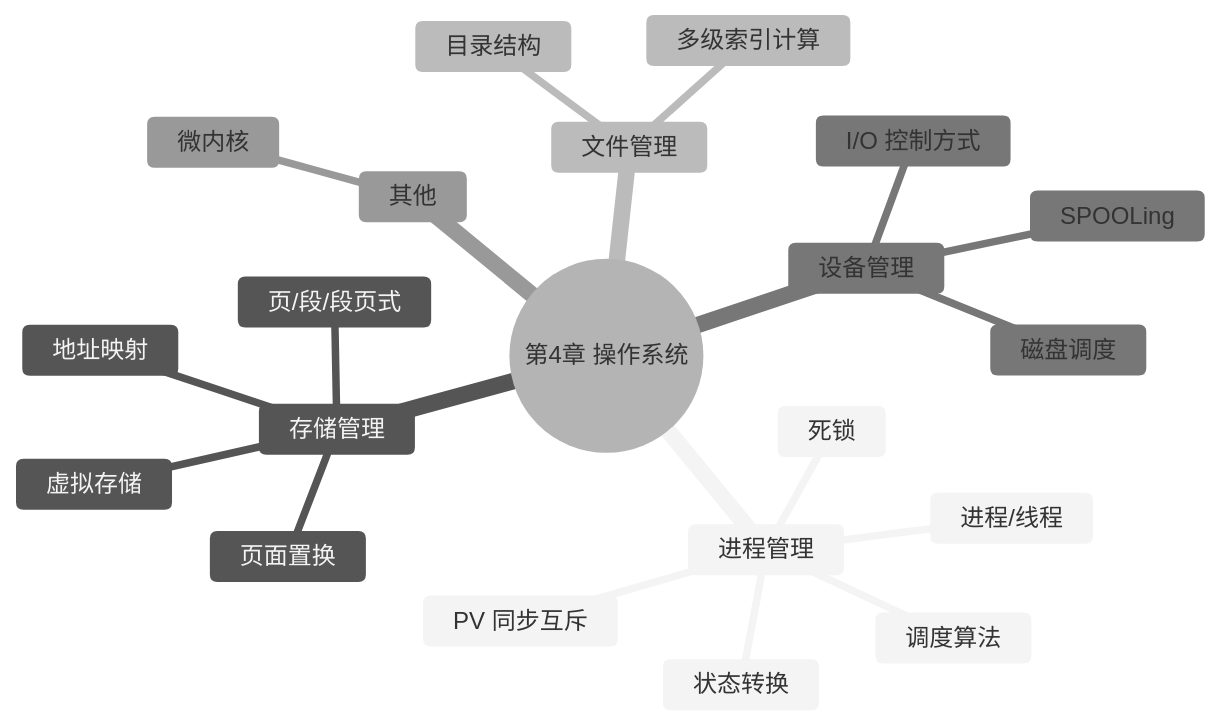
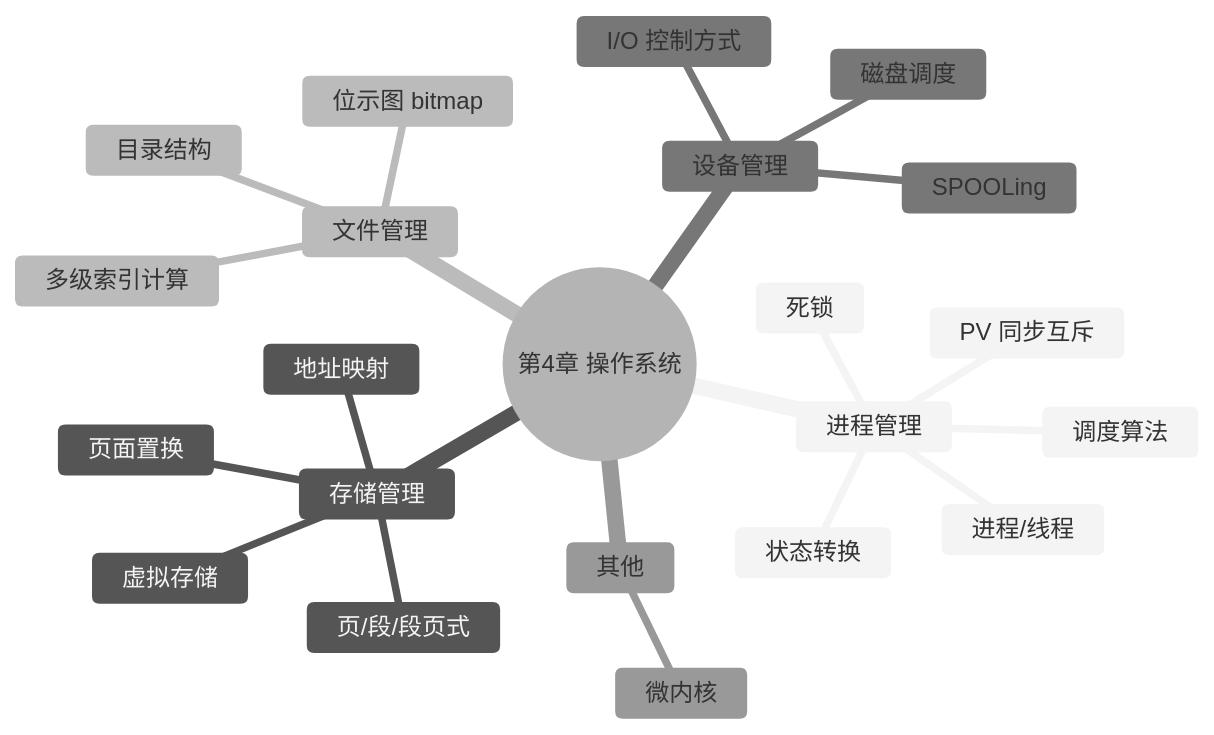
The diagram in notes/02-os/04-os-review.md (raingxm/software-design-exam), drawn with Mermaid (neutral theme) before and after one commit. The commit also changed other lines of this file and 1 other file, not shown here.

First line of the commit message:
docs: add OS bitmap notes

````diff
--- a/notes/02-os/04-os-review.md
+++ b/notes/02-os/04-os-review.md
@@ -11,24 +11,25 @@
 ```mermaid
 mindmap
   root((第4章 操作系统))
     进程管理
       进程/线程
       状态转换
       调度算法
       PV 同步互斥
       死锁
     存储管理
       地址映射
       页/段/段页式
       虚拟存储
       页面置换
     文件管理
       多级索引计算
+      位示图 bitmap
       目录结构
     设备管理
       I/O 控制方式
       SPOOLing
       磁盘调度
     其他
       微内核
 ```
````
